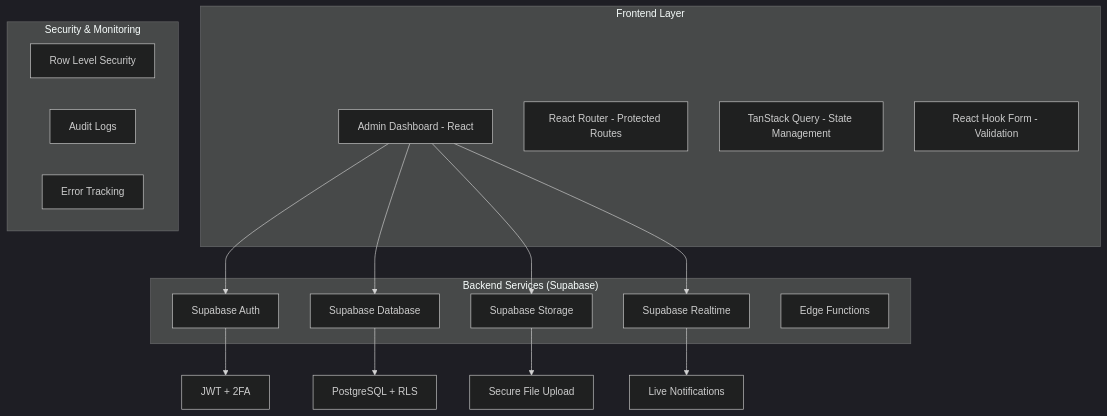
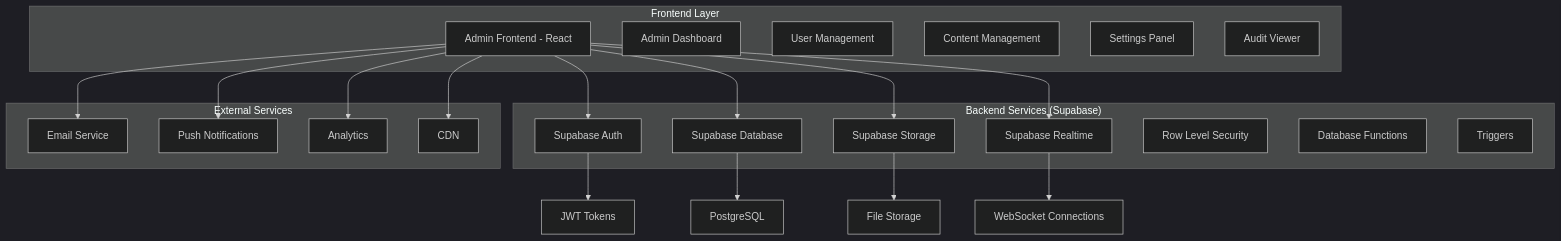
The first of 2 diagrams in .trae/documents/arquitetura-tecnica-admin.md (elton2024br/ubanews), drawn with Mermaid (dark theme) before and after one commit. The commit also changed other lines of this file and 71 other files, not shown here.

````diff
--- a/.trae/documents/arquitetura-tecnica-admin.md
+++ b/.trae/documents/arquitetura-tecnica-admin.md
@@ -5,33 +5,43 @@
 ```mermaid
 graph TD
-    A[Admin Dashboard - React] --> B[Supabase Auth]
+    A[Admin Frontend - React] --> B[Supabase Auth]
     A --> C[Supabase Database]
     A --> D[Supabase Storage]
     A --> E[Supabase Realtime]
     
-    B --> F[JWT + 2FA]
-    C --> G[PostgreSQL + RLS]
-    D --> H[Secure File Upload]
-    E --> I[Live Notifications]
+    B --> F[JWT Tokens]
+    C --> G[PostgreSQL]
+    D --> H[File Storage]
+    E --> I[WebSocket Connections]
     
     subgraph "Frontend Layer"
         A
-        J[React Router - Protected Routes]
-        K[TanStack Query - State Management]
-        L[React Hook Form - Validation]
+        J[Admin Dashboard]
+        K[User Management]
+        L[Content Management]
+        M[Settings Panel]
+        N[Audit Viewer]
     end
     
     subgraph "Backend Services (Supabase)"
         B
         C
         D
         E
-        M[Edge Functions]
+        O[Row Level Security]
+        P[Database Functions]
+        Q[Triggers]
     end
     
-    subgraph "Security & Monitoring"
-        N[Row Level Security]
-        O[Audit Logs]
-        P[Error Tracking]
+    subgraph "External Services"
+        R[Email Service]
+        S[Push Notifications]
+        T[Analytics]
+        U[CDN]
     end
+    
+    A --> R
+    A --> S
+    A --> T
+    A --> U
 ```
````
